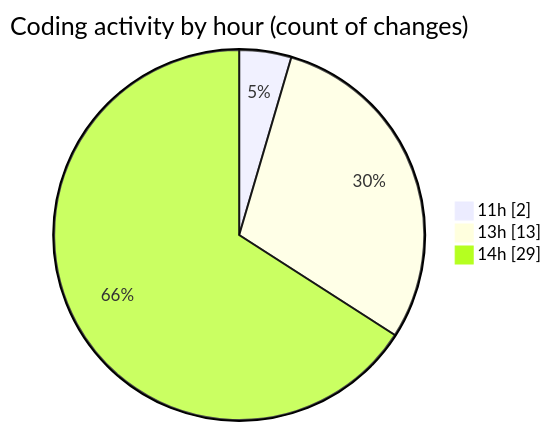
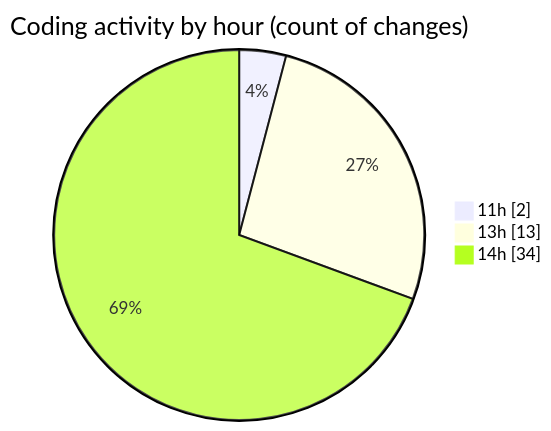
One commit to nxtqubesakshisongat/code-tracking changed the second of 2 diagrams in 2026-03-22/nxtqube_webapp/README.md. Above: the diagram before and after it, drawn with Mermaid. The commit also changed other lines of this file and 1 other file, not shown here.

````diff
--- a/2026-03-22/nxtqube_webapp/README.md
+++ b/2026-03-22/nxtqube_webapp/README.md
@@ -30,7 +30,7 @@
 ```mermaid
 pie showData
 title Coding activity by hour (count of changes)
 "11h" : 2
 "13h" : 13
-"14h" : 29
+"14h" : 34
 ```
````
